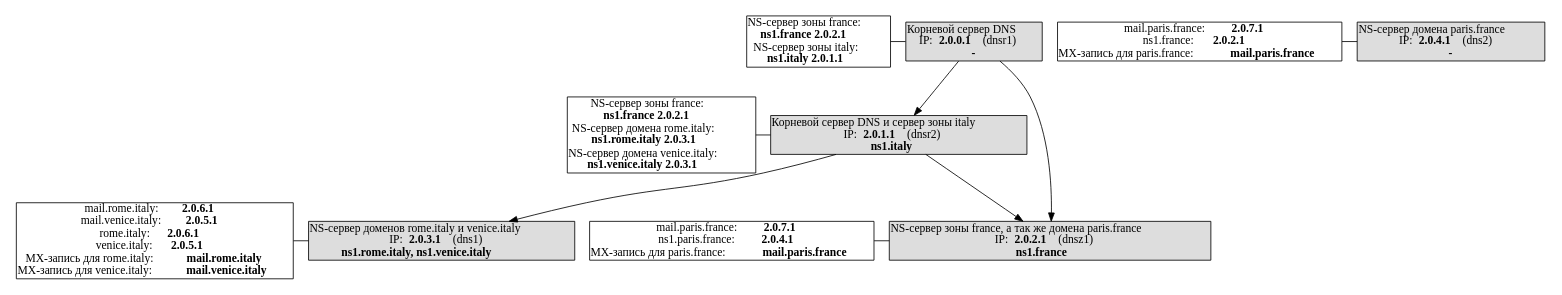
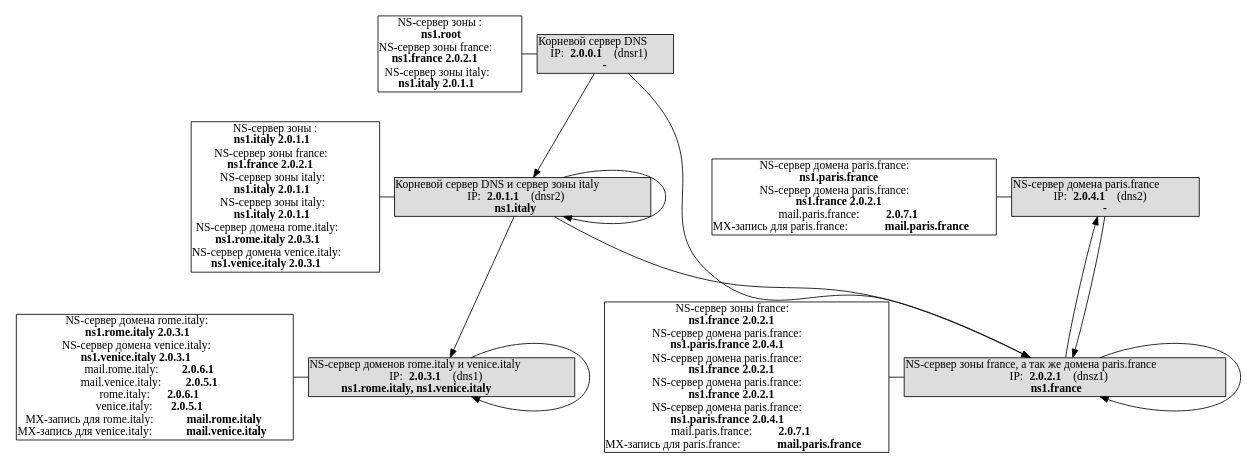
The diagram in lab5/report/graphs/dns.gv (afrolovskiy/np), drawn with Graphviz before and after one commit. The commit also changed 1 other file, not shown here.

```diff
--- a/lab5/report/graphs/dns.gv
+++ b/lab5/report/graphs/dns.gv
@@ -1,96 +1,112 @@
 digraph G {
         margin=0;
         node [margin=0];
         
 subgraph cluster_0 {
 color=none;
 rank=same;
 _2_0_3_1 [shape="none", label=<
 <TABLE BGCOLOR="#DDDDDD" CELLPADDING="0" CELLSPACING="0" CELLBORDER="0">
 <TR><TD>NS-сервер доменов rome.italy и venice.italy</TD></TR>
 <TR><TD>IP: <B>2.0.3.1</B> (dns1)</TD></TR>
 <TR><TD><B>ns1.rome.italy, ns1.venice.italy</B></TD></TR>
 </TABLE>>];
 _2_0_3_1_records [shape="none", label=<
 <TABLE BGCOLOR="#FFFFFF" CELLPADDING="0" CELLSPACING="0" CELLBORDER="0">
+<TR><TD>NS-сервер домена rome.italy:</TD></TR><TR><TD><B>ns1.rome.italy 2.0.3.1</B></TD></TR>
+<TR><TD>NS-сервер домена venice.italy:</TD></TR><TR><TD><B>ns1.venice.italy 2.0.3.1</B></TD></TR>
 <TR><TD>mail.rome.italy: <B>2.0.6.1</B></TD></TR>
 <TR><TD>mail.venice.italy: <B>2.0.5.1</B></TD></TR>
 <TR><TD>rome.italy: <B>2.0.6.1</B></TD></TR>
 <TR><TD>venice.italy: <B>2.0.5.1</B></TD></TR>
 <TR><TD>MX-запись для rome.italy: <B>mail.rome.italy</B></TD></TR>
 <TR><TD>MX-запись для venice.italy: <B>mail.venice.italy</B></TD></TR>
 </TABLE>>];
 _2_0_3_1 -> _2_0_3_1_records [constraint=False, dir=none];
 }
 subgraph cluster_1 {
 color=none;
 rank=same;
 _2_0_1_1 [shape="none", label=<
 <TABLE BGCOLOR="#DDDDDD" CELLPADDING="0" CELLSPACING="0" CELLBORDER="0">
 <TR><TD>Корневой сервер DNS и сервер зоны italy</TD></TR>
 <TR><TD>IP: <B>2.0.1.1</B> (dnsr2)</TD></TR>
 <TR><TD><B>ns1.italy</B></TD></TR>
 </TABLE>>];
 _2_0_1_1_records [shape="none", label=<
 <TABLE BGCOLOR="#FFFFFF" CELLPADDING="0" CELLSPACING="0" CELLBORDER="0">
+<TR><TD>NS-сервер зоны :</TD></TR><TR><TD><B>ns1.italy 2.0.1.1</B></TD></TR>
 <TR><TD>NS-сервер зоны france:</TD></TR><TR><TD><B>ns1.france 2.0.2.1</B></TD></TR>
+<TR><TD>NS-сервер зоны italy:</TD></TR><TR><TD><B>ns1.italy 2.0.1.1</B></TD></TR>
+<TR><TD>NS-сервер зоны italy:</TD></TR><TR><TD><B>ns1.italy 2.0.1.1</B></TD></TR>
 <TR><TD>NS-сервер домена rome.italy:</TD></TR><TR><TD><B>ns1.rome.italy 2.0.3.1</B></TD></TR>
 <TR><TD>NS-сервер домена venice.italy:</TD></TR><TR><TD><B>ns1.venice.italy 2.0.3.1</B></TD></TR>
 </TABLE>>];
 _2_0_1_1 -> _2_0_1_1_records [constraint=False, dir=none];
 }
 subgraph cluster_2 {
 color=none;
 rank=same;
 _2_0_0_1 [shape="none", label=<
 <TABLE BGCOLOR="#DDDDDD" CELLPADDING="0" CELLSPACING="0" CELLBORDER="0">
 <TR><TD>Корневой сервер DNS</TD></TR>
 <TR><TD>IP: <B>2.0.0.1</B> (dnsr1)</TD></TR>
 <TR><TD><B>-</B></TD></TR>
 </TABLE>>];
 _2_0_0_1_records [shape="none", label=<
 <TABLE BGCOLOR="#FFFFFF" CELLPADDING="0" CELLSPACING="0" CELLBORDER="0">
+<TR><TD>NS-сервер зоны :</TD></TR><TR><TD><B>ns1.root </B></TD></TR>
 <TR><TD>NS-сервер зоны france:</TD></TR><TR><TD><B>ns1.france 2.0.2.1</B></TD></TR>
 <TR><TD>NS-сервер зоны italy:</TD></TR><TR><TD><B>ns1.italy 2.0.1.1</B></TD></TR>
 </TABLE>>];
 _2_0_0_1 -> _2_0_0_1_records [constraint=False, dir=none];
 }
 subgraph cluster_3 {
 color=none;
 rank=same;
 _2_0_4_1 [shape="none", label=<
 <TABLE BGCOLOR="#DDDDDD" CELLPADDING="0" CELLSPACING="0" CELLBORDER="0">
 <TR><TD>NS-сервер домена paris.france</TD></TR>
 <TR><TD>IP: <B>2.0.4.1</B> (dns2)</TD></TR>
 <TR><TD><B>-</B></TD></TR>
 </TABLE>>];
 _2_0_4_1_records [shape="none", label=<
 <TABLE BGCOLOR="#FFFFFF" CELLPADDING="0" CELLSPACING="0" CELLBORDER="0">
+<TR><TD>NS-сервер домена paris.france:</TD></TR><TR><TD><B>ns1.paris.france </B></TD></TR>
+<TR><TD>NS-сервер домена paris.france:</TD></TR><TR><TD><B>ns1.france 2.0.2.1</B></TD></TR>
 <TR><TD>mail.paris.france: <B>2.0.7.1</B></TD></TR>
-<TR><TD>ns1.france: <B>2.0.2.1</B></TD></TR>
 <TR><TD>MX-запись для paris.france: <B>mail.paris.france</B></TD></TR>
 </TABLE>>];
 _2_0_4_1 -> _2_0_4_1_records [constraint=False, dir=none];
 }
 subgraph cluster_4 {
 color=none;
 rank=same;
 _2_0_2_1 [shape="none", label=<
 <TABLE BGCOLOR="#DDDDDD" CELLPADDING="0" CELLSPACING="0" CELLBORDER="0">
 <TR><TD>NS-сервер зоны france, а так же домена paris.france</TD></TR>
 <TR><TD>IP: <B>2.0.2.1</B> (dnsz1)</TD></TR>
 <TR><TD><B>ns1.france</B></TD></TR>
 </TABLE>>];
 _2_0_2_1_records [shape="none", label=<
 <TABLE BGCOLOR="#FFFFFF" CELLPADDING="0" CELLSPACING="0" CELLBORDER="0">
+<TR><TD>NS-сервер зоны france:</TD></TR><TR><TD><B>ns1.france 2.0.2.1</B></TD></TR>
+<TR><TD>NS-сервер домена paris.france:</TD></TR><TR><TD><B>ns1.paris.france 2.0.4.1</B></TD></TR>
+<TR><TD>NS-сервер домена paris.france:</TD></TR><TR><TD><B>ns1.france 2.0.2.1</B></TD></TR>
+<TR><TD>NS-сервер домена paris.france:</TD></TR><TR><TD><B>ns1.france 2.0.2.1</B></TD></TR>
+<TR><TD>NS-сервер домена paris.france:</TD></TR><TR><TD><B>ns1.paris.france 2.0.4.1</B></TD></TR>
 <TR><TD>mail.paris.france: <B>2.0.7.1</B></TD></TR>
-<TR><TD>ns1.paris.france: <B>2.0.4.1</B></TD></TR>
 <TR><TD>MX-запись для paris.france: <B>mail.paris.france</B></TD></TR>
 </TABLE>>];
 _2_0_2_1 -> _2_0_2_1_records [constraint=False, dir=none];
 }
+_2_0_0_1 -> _2_0_2_1;
+_2_0_1_1 -> _2_0_1_1;
+_2_0_2_1 -> _2_0_2_1;
+_2_0_2_1 -> _2_0_4_1;
+_2_0_1_1 -> _2_0_2_1;
 _2_0_0_1 -> _2_0_1_1;
-_2_0_0_1 -> _2_0_2_1;
 _2_0_1_1 -> _2_0_3_1;
-_2_0_1_1 -> _2_0_2_1;
+_2_0_3_1 -> _2_0_3_1;
+_2_0_4_1 -> _2_0_2_1;
 }
```
